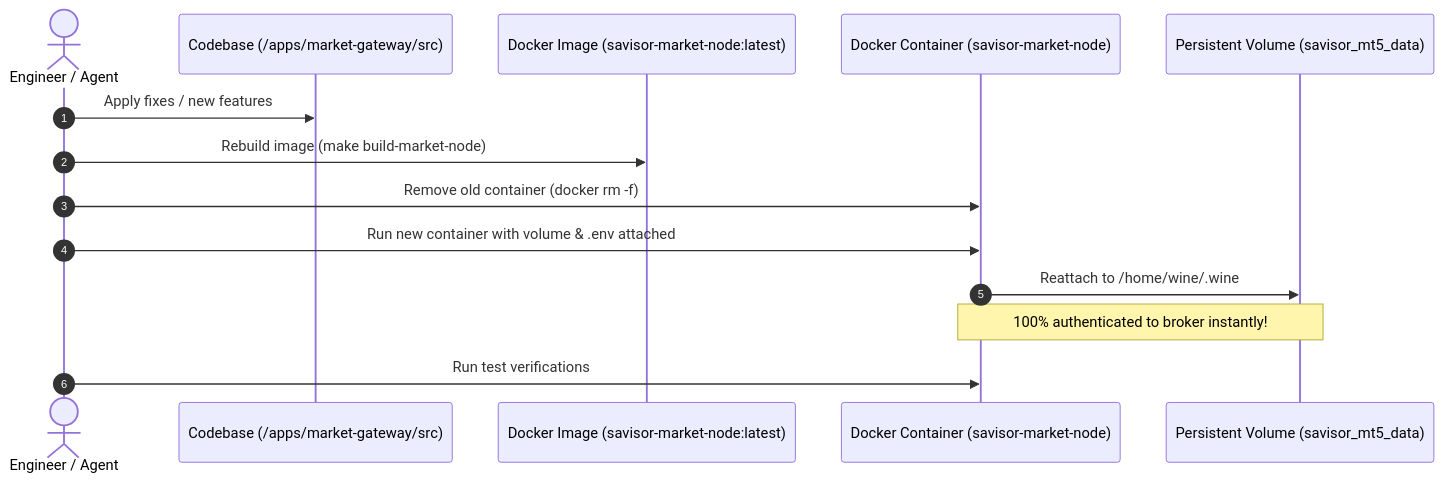
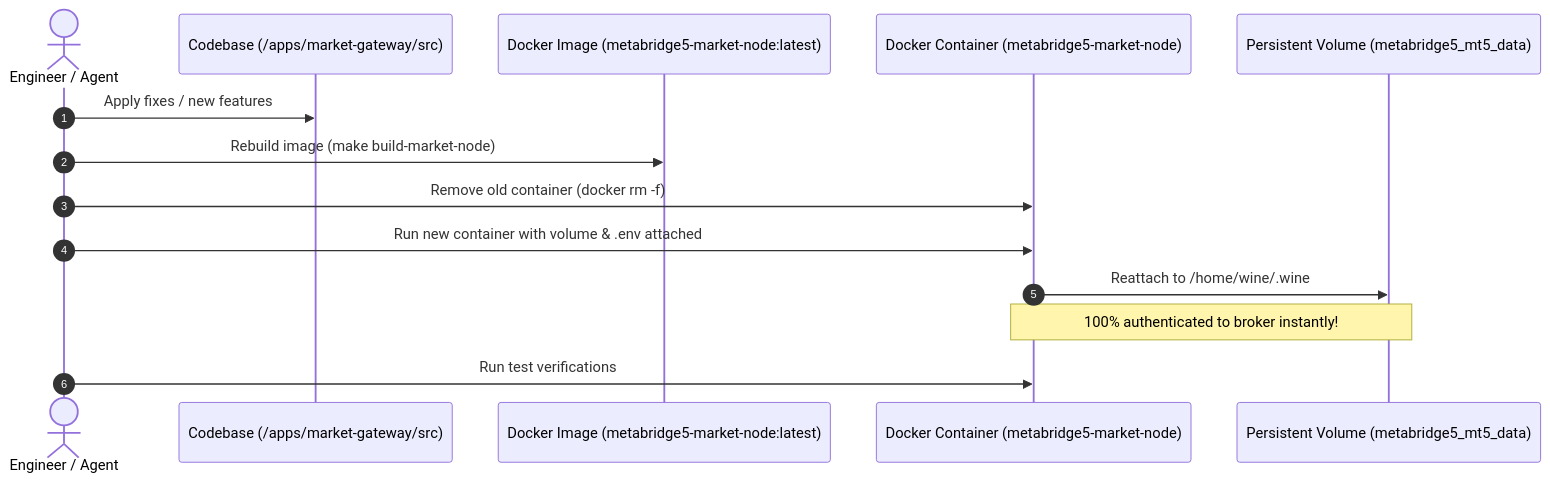
Before and after one commit to devffex/MetaBridge5: the sixth of 6 diagrams in apps/market-gateway/docs/authentication_persistence.md, drawn with Mermaid. The commit also changed other lines of this file and 74 other files, not shown here.

````diff
--- a/apps/market-gateway/docs/authentication_persistence.md
+++ b/apps/market-gateway/docs/authentication_persistence.md
@@ -375,17 +375,17 @@
 ```mermaid
 sequenceDiagram
     autonumber
     actor Dev as Engineer / Agent
     participant Code as Codebase (/apps/market-gateway/src)
-    participant Image as Docker Image (savisor-market-node:latest)
-    participant Cont as Docker Container (savisor-market-node)
-    participant Vol as Persistent Volume (savisor_mt5_data)
+    participant Image as Docker Image (metabridge5-market-node:latest)
+    participant Cont as Docker Container (metabridge5-market-node)
+    participant Vol as Persistent Volume (metabridge5_mt5_data)
 
     Dev->>Code: Apply fixes / new features
     Dev->>Image: Rebuild image (make build-market-node)
     Dev->>Cont: Remove old container (docker rm -f)
     Dev->>Cont: Run new container with volume & .env attached
     Cont->>Vol: Reattach to /home/wine/.wine
     Note over Cont,Vol: 100% authenticated to broker instantly!
     Dev->>Cont: Run test verifications
 ```
````
